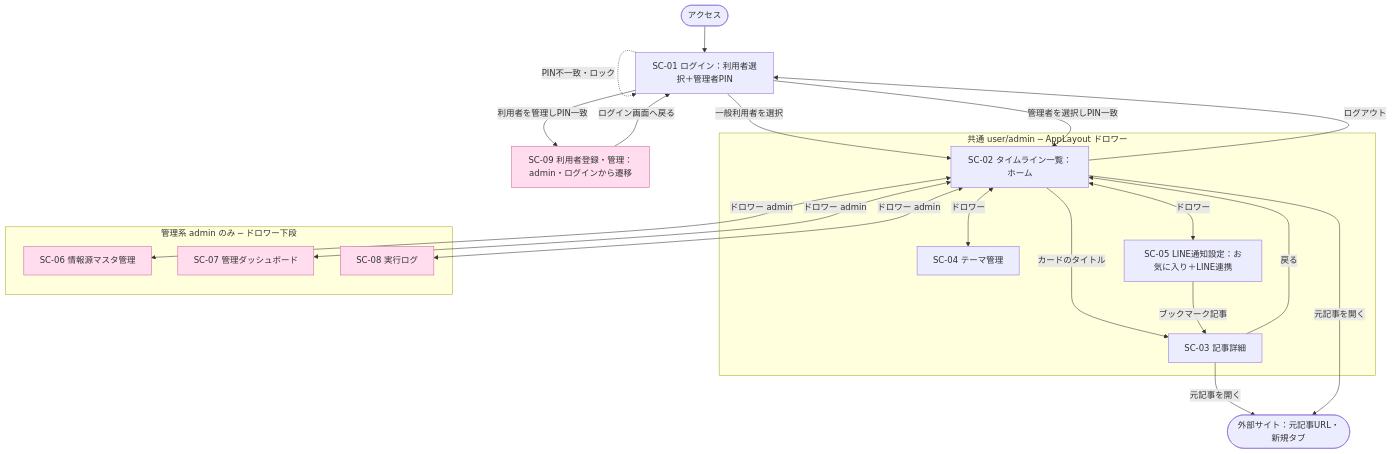
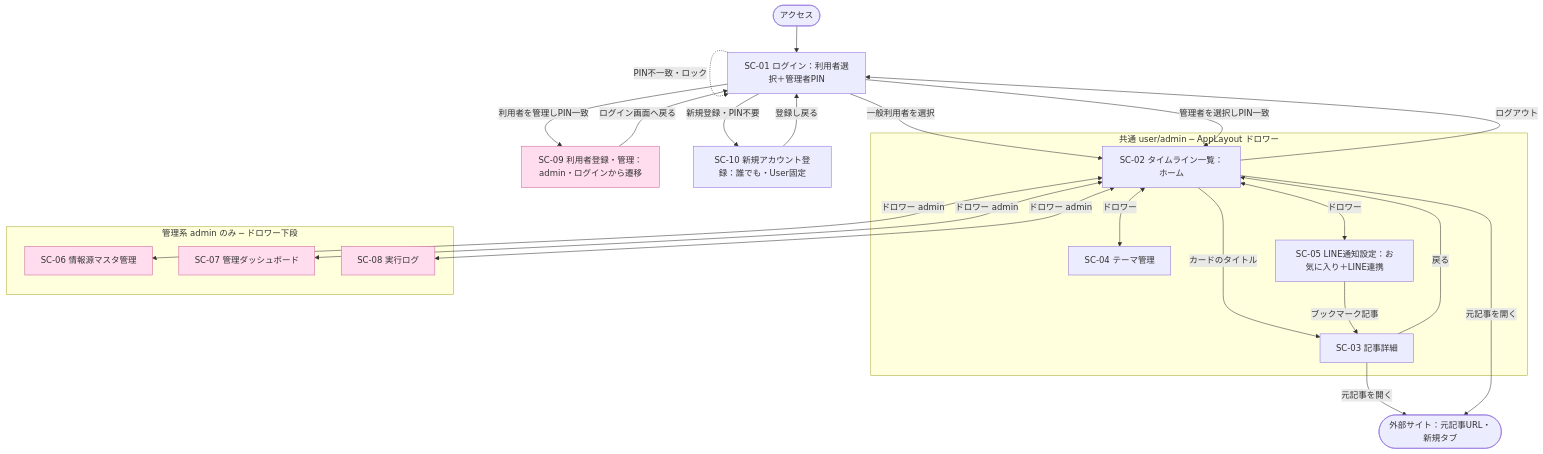
The diagram in 02_基本設計/画面遷移図.md (niro2ro/webapp-info-aggregator), drawn with Mermaid before and after one commit. The commit also changed other lines of this file and 10 other files, not shown here.

````diff
--- a/02_基本設計/画面遷移図.md
+++ b/02_基本設計/画面遷移図.md
@@ -16,45 +16,48 @@
 ```mermaid
 flowchart TD
     START(["アクセス"]) --> SC01
 
     SC01["SC-01 ログイン：利用者選択＋管理者PIN"]
     SC01 -->|一般利用者を選択| SC02
     SC01 -->|管理者を選択しPIN一致| SC02
     SC01 -.->|PIN不一致・ロック| SC01
     SC01 -->|利用者を管理しPIN一致| SC09
     SC09 -->|ログイン画面へ戻る| SC01
+    SC01 -->|新規登録・PIN不要| SC10
+    SC10 -->|登録し戻る| SC01
+    SC10["SC-10 新規アカウント登録：誰でも・User固定"]
 
     subgraph COMMON["共通 user/admin ─ AppLayout ドロワー"]
         SC02["SC-02 タイムライン一覧：ホーム"]
         SC03["SC-03 記事詳細"]
         SC04["SC-04 テーマ管理"]
         SC05["SC-05 LINE通知設定：お気に入り＋LINE連携"]
     end
 
     subgraph ADMIN["管理系 admin のみ ─ ドロワー下段"]
         SC06["SC-06 情報源マスタ管理"]
         SC07["SC-07 管理ダッシュボード"]
         SC08["SC-08 実行ログ"]
     end
 
     SC09["SC-09 利用者登録・管理：admin・ログインから遷移"]
 
     SC02 -->|カードのタイトル| SC03
     SC03 -->|戻る| SC02
     SC03 -->|元記事を開く| EXT
     SC02 -->|元記事を開く| EXT
     EXT(["外部サイト：元記事URL・新規タブ"])
 
     SC02 <-->|ドロワー| SC04
     SC02 <-->|ドロワー| SC05
     SC05 -->|ブックマーク記事| SC03
 
     SC02 <-->|ドロワー admin| SC06
     SC02 <-->|ドロワー admin| SC07
     SC02 <-->|ドロワー admin| SC08
 
     SC02 -->|ログアウト| SC01
 
     classDef admin fill:#fde,stroke:#c69;
     class SC06,SC07,SC08,SC09 admin;
 ```
````
